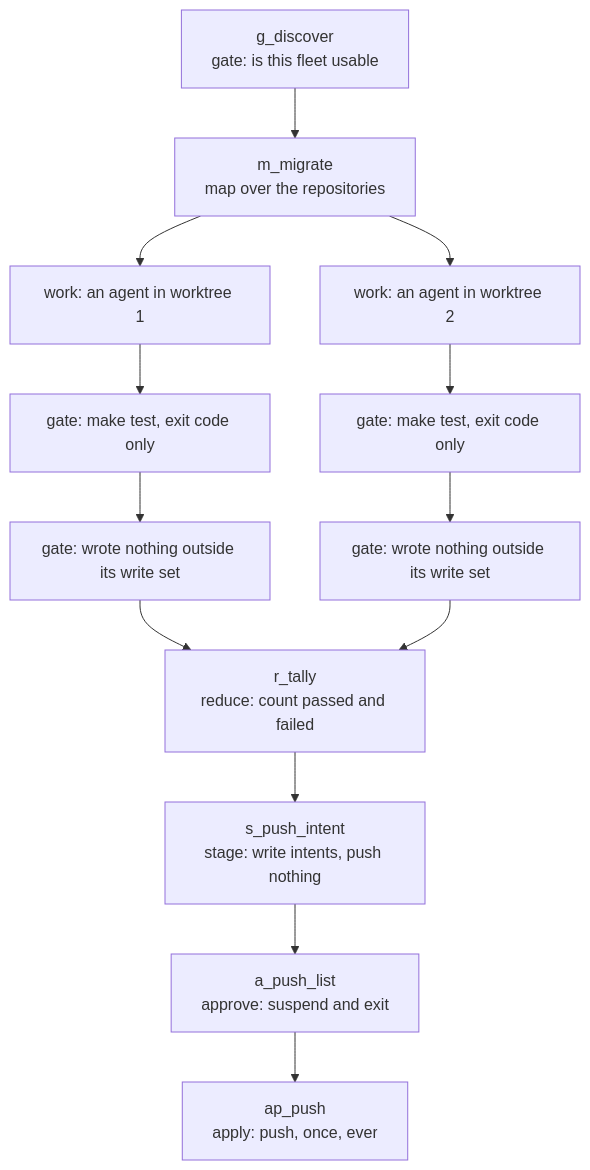
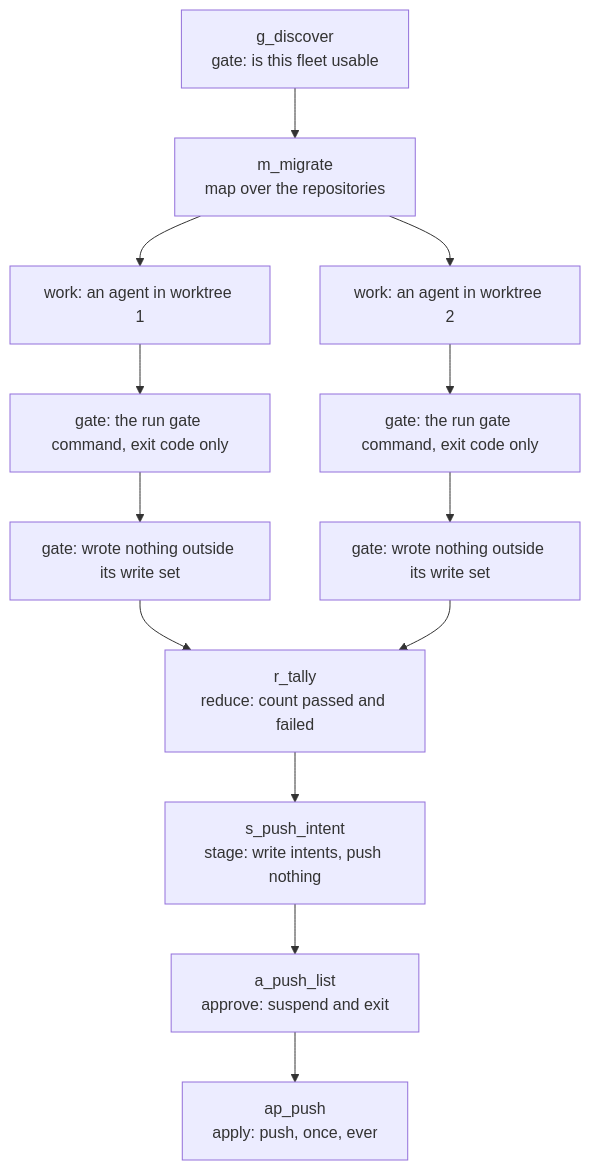
One commit to bitranox/agentdag changed the second of 2 diagrams in docs/architecture-overview.md. Above: the diagram before and after it, drawn with Mermaid. The commit also changed 3 other files, not shown here.

First line of the commit message:
Say in the docs that the gate command is the run's, not always make test

````diff
--- a/docs/architecture-overview.md
+++ b/docs/architecture-overview.md
@@ -49,16 +49,16 @@
 ```mermaid
 graph TD
     DISCOVER["g_discover<br/>gate: is this fleet usable"]
     DISCOVER --> MAP["m_migrate<br/>map over the repositories"]
     MAP --> W1["work: an agent in worktree 1"]
     MAP --> W2["work: an agent in worktree 2"]
-    W1 --> G1["gate: make test, exit code only"]
-    W2 --> G2["gate: make test, exit code only"]
+    W1 --> G1["gate: the run gate command, exit code only"]
+    W2 --> G2["gate: the run gate command, exit code only"]
     G1 --> S1["gate: wrote nothing outside its write set"]
     G2 --> S2["gate: wrote nothing outside its write set"]
     S1 --> TALLY["r_tally<br/>reduce: count passed and failed"]
     S2 --> TALLY
     TALLY --> STAGE["s_push_intent<br/>stage: write intents, push nothing"]
     STAGE --> APPROVE["a_push_list<br/>approve: suspend and exit"]
     APPROVE --> APPLY["ap_push<br/>apply: push, once, ever"]
 ```
````
